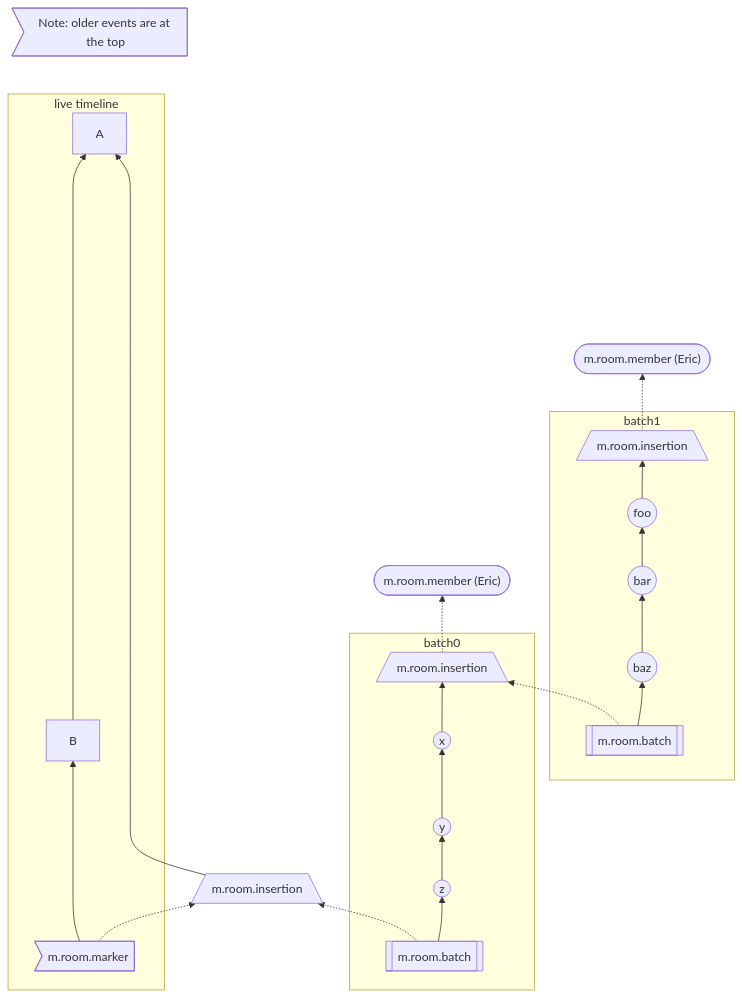
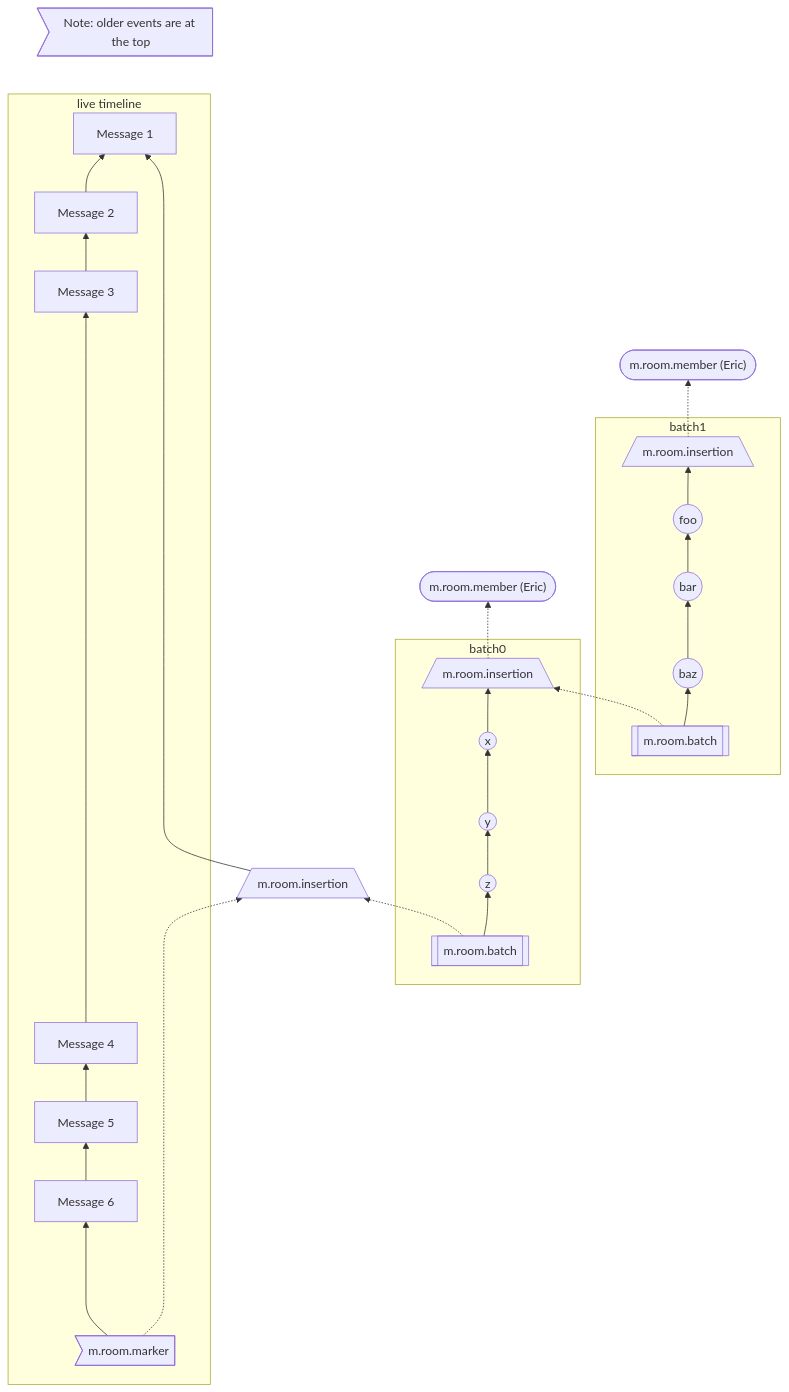
The first of 4 diagrams in proposals/2716-batch-send-historical-messages.md (matrix-org/matrix-spec-proposals), drawn with Mermaid before and after one commit.

Commit message:
Better DAG to match expectation image

````diff
--- a/proposals/2716-batch-send-historical-messages.md
+++ b/proposals/2716-batch-send-historical-messages.md
@@ -52,27 +52,27 @@
 ```mermaid
 flowchart BT
-    A --- annotation1>"Note: older events are at the top"]
+    1 --- annotation1>"Note: older events are at the top"]
     subgraph live timeline
-        marker1>m.room.marker] ----> B -----------------> A
+        marker1>m.room.marker] ----> 6[Message 6] --> 5[Message 5] --> 4[Message 4] -----------------> 3[Message 3] --> 2[Message 2] --> 1[Message 1]
     end
     
     subgraph batch0
         batch0-batch[[m.room.batch]] --> batch0-2((z)) --> batch0-1((y)) --> batch0-0((x)) --> batch0-insertion[/m.room.insertion\]
     end
 
     subgraph batch1
         batch1-batch[[m.room.batch]] --> batch1-2((baz)) --> batch1-1((bar)) --> batch1-0((foo)) --> batch1-insertion[/m.room.insertion\]
     end
 
 
     batch0-insertion -.-> memberBob0(["m.room.member (Eric)"])
     batch1-insertion -.-> memberBob1(["m.room.member (Eric)"])
 
     marker1 -.-> batch0-insertionBase
-    batch0-insertionBase[/m.room.insertion\] ---------------> A
+    batch0-insertionBase[/m.room.insertion\] ---------------> 1
     batch0-batch -.-> batch0-insertionBase
     batch1-batch -.-> batch0-insertion
 
     %% make the annotation links invisible
     linkStyle 0 stroke-width:2px,fill:none,stroke:none;
 ```
````
